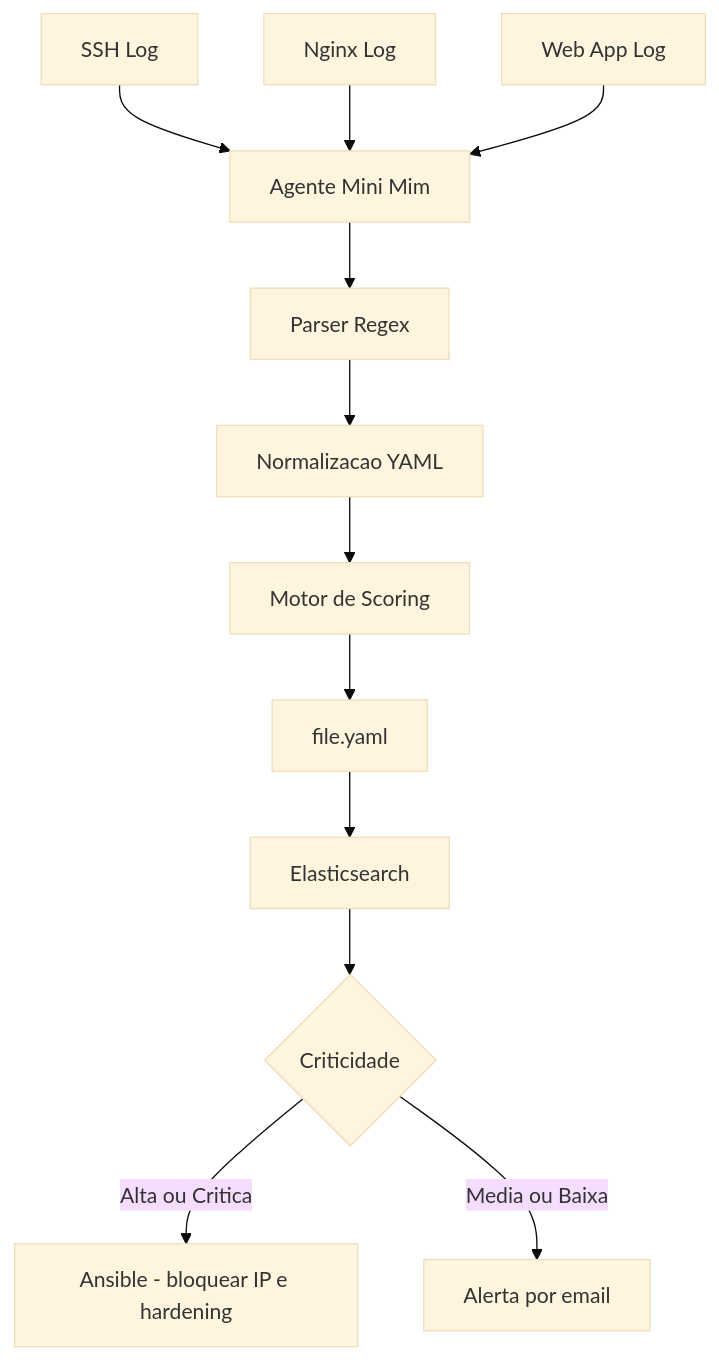
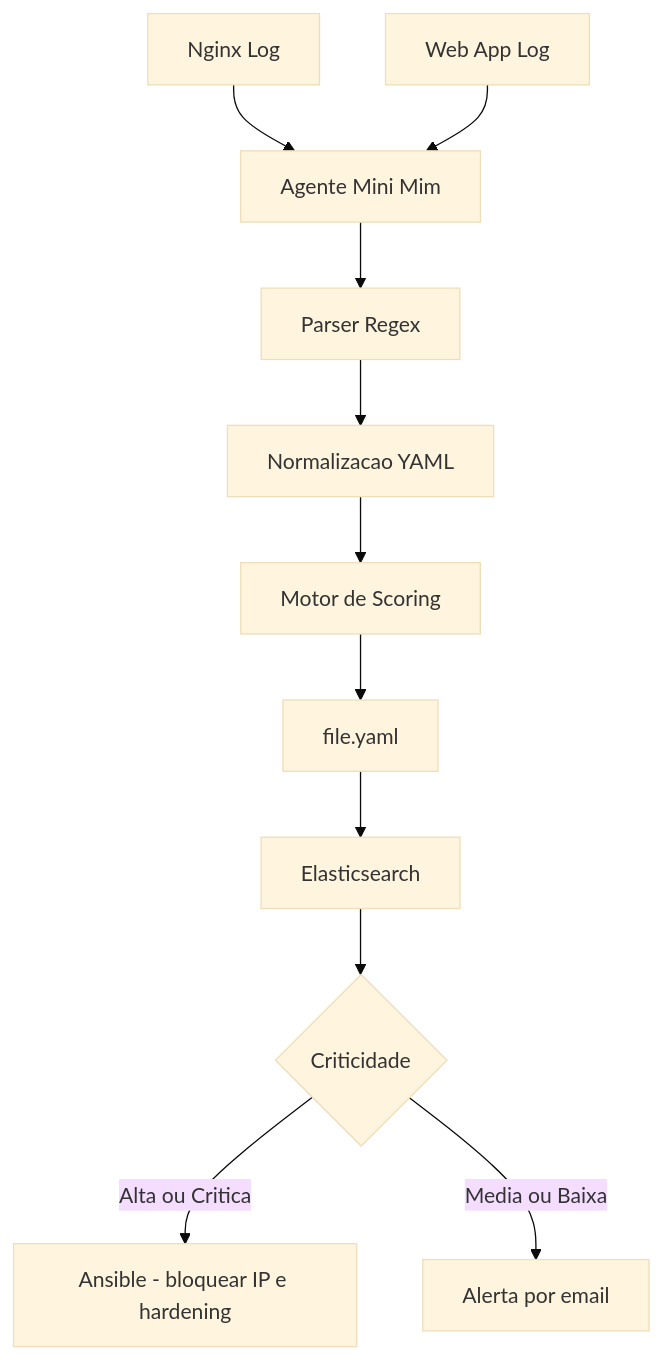
The diagram in README.md (Theo-Panella/Nerdy), drawn with Mermaid (base theme) before and after one commit. The commit also changed 1 other file, not shown here.

````diff
--- a/README.md
+++ b/README.md
@@ -25,16 +25,15 @@
 ```mermaid
 flowchart TD
-    A1[SSH Log] --> B
-    A2[Nginx Log] --> B
-    A3[Web App Log] --> B
+    A1[Nginx Log] --> B
+    A2[Web App Log] --> B
     B[Agente Mini Mim] --> C
     C[Parser Regex] --> D
     D[Normalizacao YAML] --> E
     E[Motor de Scoring] --> F
     F[file.yaml] --> G
     G[Elasticsearch] --> H
     H{Criticidade} -->|Alta ou Critica| I
     H -->|Media ou Baixa| J
     I[Ansible - bloquear IP e hardening]
     J[Alerta por email]
 ```
````
